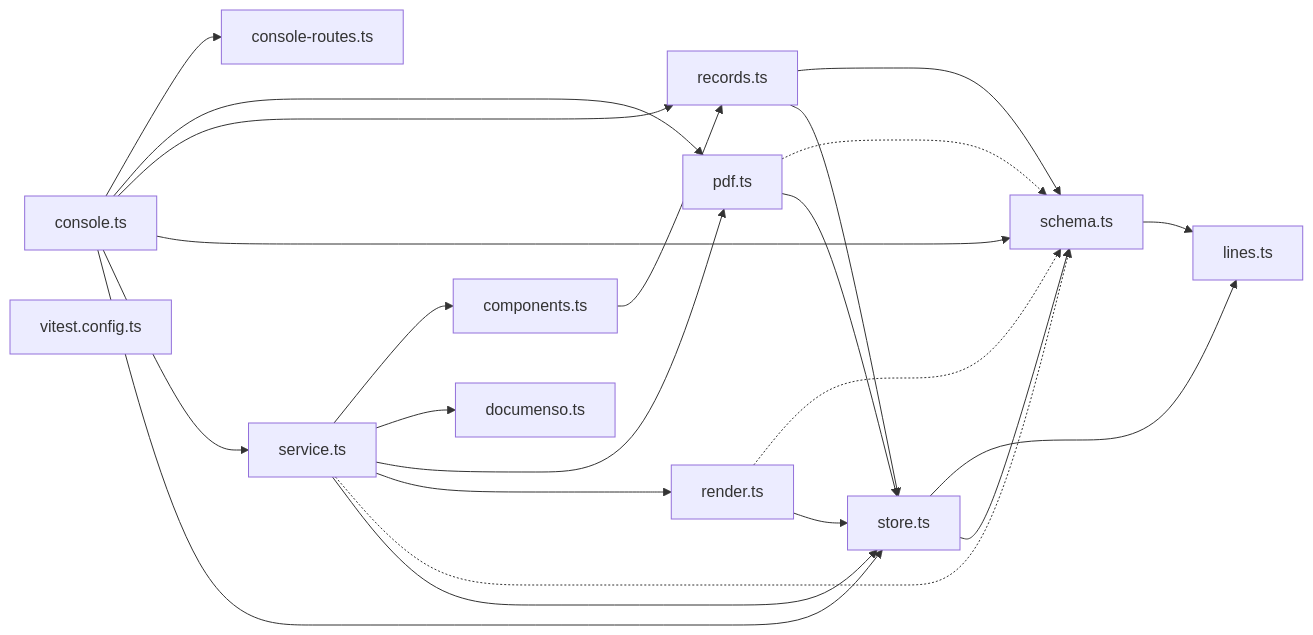
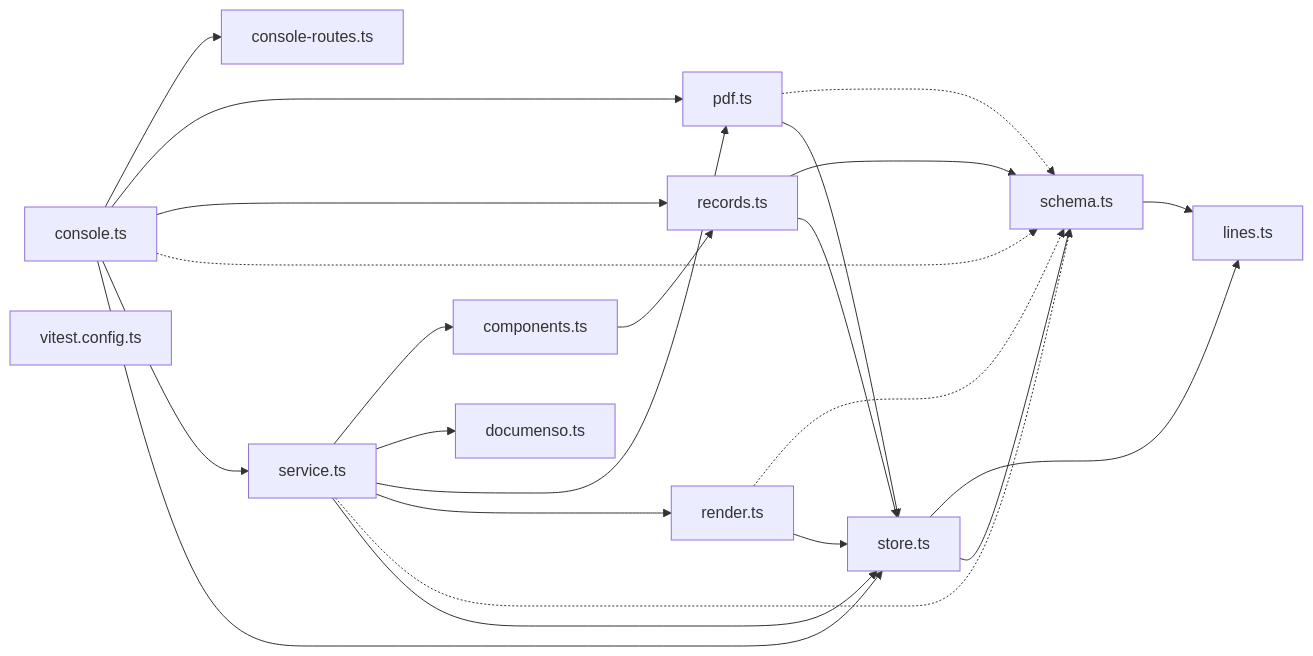
One commit to wrenautomation/wren changed the diagram in map/generated/imports/@wren+documents.md. Above: the diagram before and after it, drawn with Mermaid. The commit also changed 96 other files, not shown here.

````diff
--- a/map/generated/imports/@wren+documents.md
+++ b/map/generated/imports/@wren+documents.md
@@ -20,37 +20,37 @@
 ```mermaid
 flowchart LR
   ncomponents_ts["components.ts"]
-  nrecords_ts["records.ts"]
-  nschema_ts["schema.ts"]
-  nlines_ts["lines.ts"]
-  nstore_ts["store.ts"]
-  npdf_ts["pdf.ts"]
   nconsole_routes_ts["console-routes.ts"]
   nconsole_ts["console.ts"]
+  ndocumenso_ts["documenso.ts"]
+  nlines_ts["lines.ts"]
+  npdf_ts["pdf.ts"]
+  nrecords_ts["records.ts"]
+  nrender_ts["render.ts"]
+  nschema_ts["schema.ts"]
   nservice_ts["service.ts"]
-  ndocumenso_ts["documenso.ts"]
-  nrender_ts["render.ts"]
+  nstore_ts["store.ts"]
   nvitest_config_ts["vitest.config.ts"]
   ncomponents_ts --> nrecords_ts
-  nrecords_ts --> nschema_ts
-  nrecords_ts --> nstore_ts
-  nschema_ts --> nlines_ts
-  nstore_ts --> nlines_ts
-  nstore_ts --> nschema_ts
-  npdf_ts -.-> nschema_ts
-  npdf_ts --> nstore_ts
   nconsole_ts --> nconsole_routes_ts
   nconsole_ts --> npdf_ts
   nconsole_ts --> nrecords_ts
-  nconsole_ts --> nschema_ts
+  nconsole_ts -.-> nschema_ts
   nconsole_ts --> nservice_ts
   nconsole_ts --> nstore_ts
+  npdf_ts -.-> nschema_ts
+  npdf_ts --> nstore_ts
+  nrecords_ts --> nschema_ts
+  nrecords_ts --> nstore_ts
+  nrender_ts -.-> nschema_ts
+  nrender_ts --> nstore_ts
+  nschema_ts --> nlines_ts
   nservice_ts --> ncomponents_ts
   nservice_ts --> ndocumenso_ts
   nservice_ts --> npdf_ts
   nservice_ts --> nrender_ts
   nservice_ts -.-> nschema_ts
   nservice_ts --> nstore_ts
-  nrender_ts -.-> nschema_ts
-  nrender_ts --> nstore_ts
+  nstore_ts --> nlines_ts
+  nstore_ts --> nschema_ts
 ```
````
